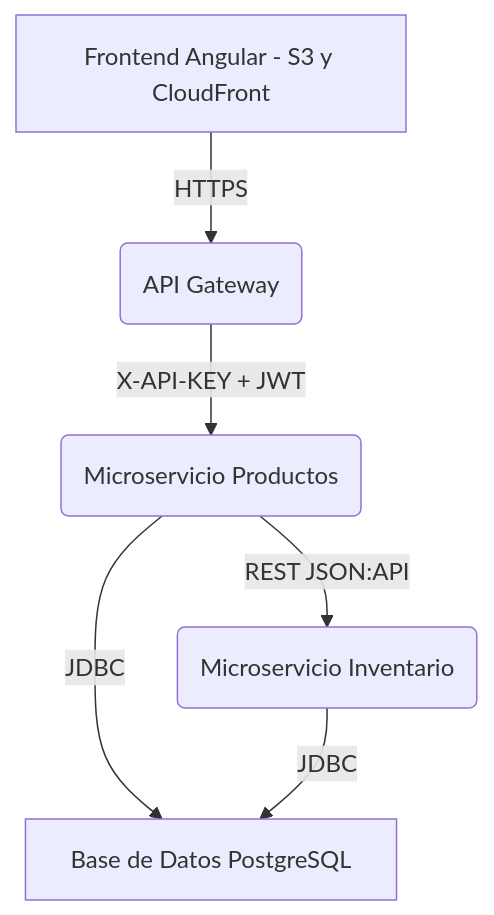
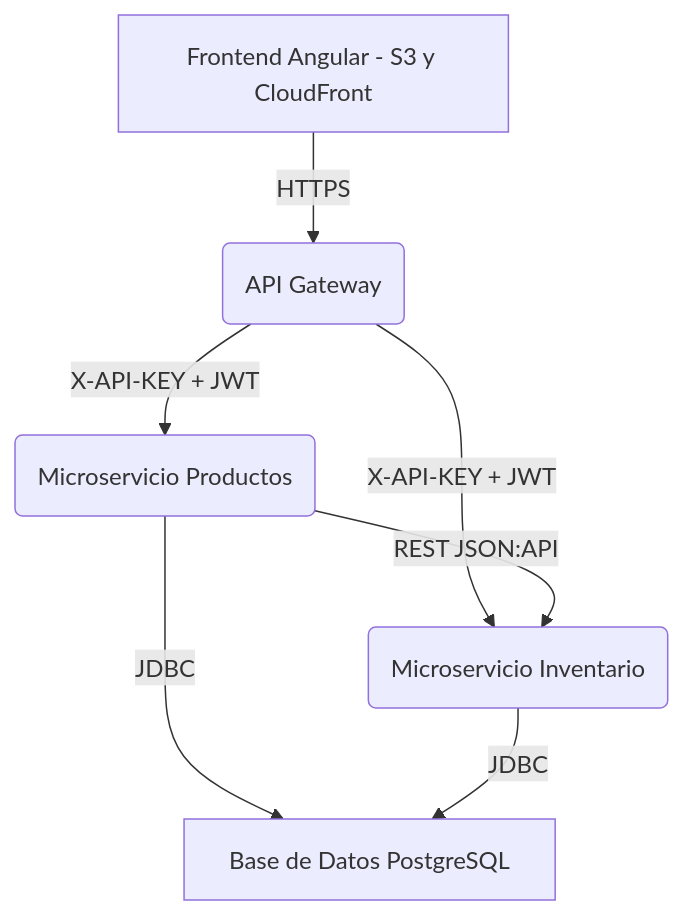
The first of 3 diagrams in README.md (ElSebastianLopez/Prueba_semi-sr), drawn with Mermaid before and after one commit. The commit also changed other lines of this file, not shown here.

````diff
--- a/README.md
+++ b/README.md
@@ -39,9 +39,10 @@
 ```mermaid
 graph TD
     A[Frontend Angular - S3 y CloudFront] -->|HTTPS| B(API Gateway)
     B -->|X-API-KEY + JWT| C(Microservicio Productos)
-    C -->|REST JSON:API| D(Microservicio Inventario)
+    B -->|X-API-KEY + JWT| D(Microservicio Inventario)
+    C -->|REST JSON:API| D
     C -->|JDBC| E[Base de Datos PostgreSQL]
     D -->|JDBC| E
 
 ```
````
